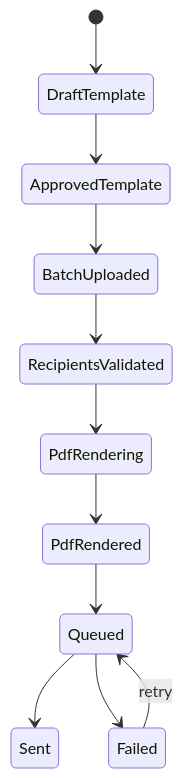
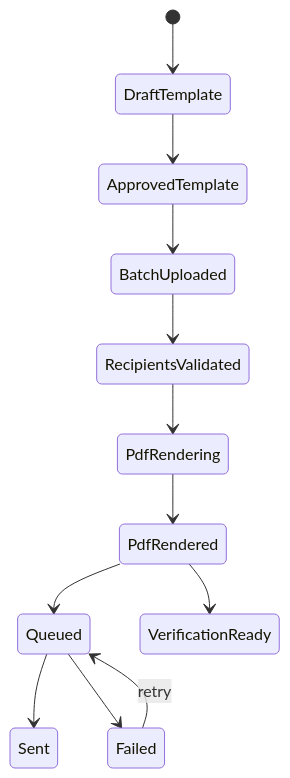
One commit to musaabhasan/multilingual-certificate-issuer changed the diagram in docs/database-design.md. Above: the diagram before and after it, drawn with Mermaid. The commit also changed other lines of this file and 20 other files, not shown here.

````diff
--- a/docs/database-design.md
+++ b/docs/database-design.md
@@ -32,13 +35,14 @@
 ```mermaid
 stateDiagram-v2
     [*] --> DraftTemplate
     DraftTemplate --> ApprovedTemplate
     ApprovedTemplate --> BatchUploaded
     BatchUploaded --> RecipientsValidated
     RecipientsValidated --> PdfRendering
     PdfRendering --> PdfRendered
     PdfRendered --> Queued
+    PdfRendered --> VerificationReady
     Queued --> Sent
     Queued --> Failed
     Failed --> Queued: retry
 ```
````
